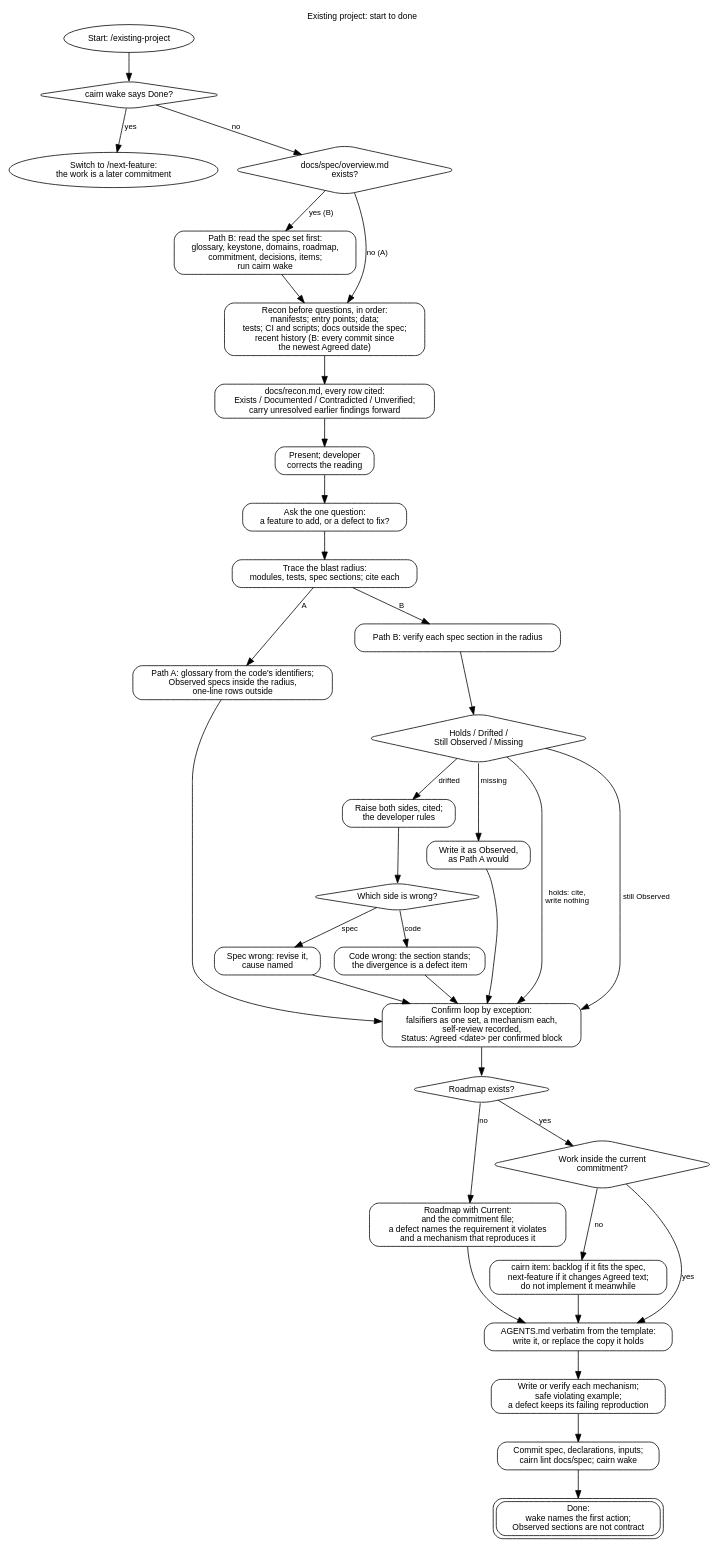
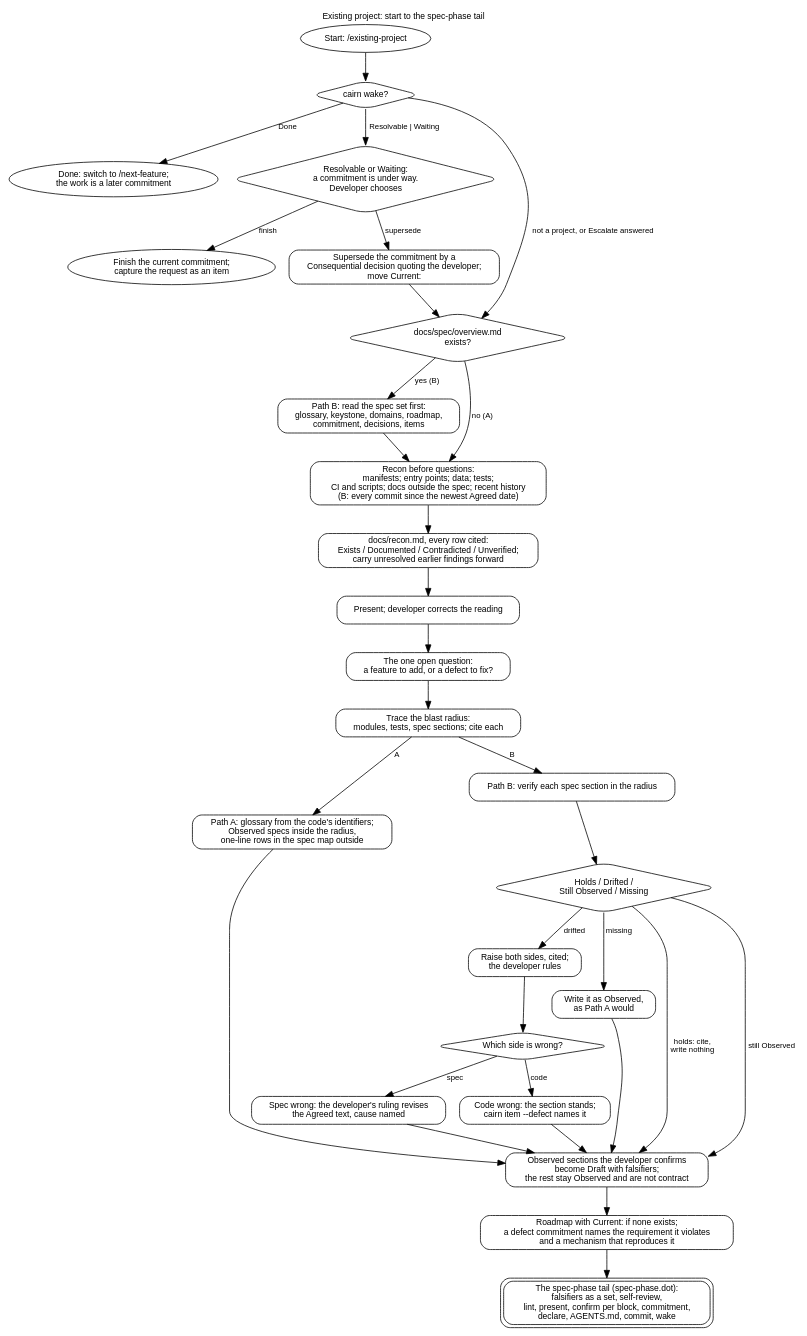
One commit to eas4ai/cairn changed the diagram in docs/diagrams/existing-project.dot. Above: the diagram before and after it, drawn with Graphviz. The commit also changed 13 other files, not shown here.

Commit message:
Revise the specification against the adversarial review: one adversary at Done, four verdicts, digest-keyed predicates, precedence, the block grammar, a shared spec-phase tail

```diff
--- a/docs/diagrams/existing-project.dot
+++ b/docs/diagrams/existing-project.dot
@@ -1,63 +1,57 @@
-// Existing project: from a codebase Cairn has not specified, or one whose spec drifted, to one prepared commitment.
+// Existing project: from a codebase Cairn has not specified, or one whose spec drifted, to the spec-phase tail.
 digraph existing_project {
   rankdir=TB;
-  graph [fontname="Helvetica", fontsize=11, labelloc=t, label="Existing project: start to done"];
+  graph [fontname="Helvetica", fontsize=11, labelloc=t, label="Existing project: start to the spec-phase tail"];
   node  [shape=box, style=rounded, fontname="Helvetica", fontsize=11];
   edge  [fontname="Helvetica", fontsize=10];
 
   start [shape=oval, label="Start: /existing-project"];
-  isdone [shape=diamond, label="cairn wake says Done?"];
-  tonext [shape=oval, label="Switch to /next-feature:\nthe work is a later commitment"];
+  wake [shape=diamond, label="cairn wake?"];
+  tonext [shape=oval, label="Done: switch to /next-feature;\nthe work is a later commitment"];
+  midway [shape=diamond, label="Resolvable or Waiting:\na commitment is under way.\nDeveloper chooses"];
+  finish [shape=oval, label="Finish the current commitment;\ncapture the request as an item"];
+  supersede_c [label="Supersede the commitment by a\nConsequential decision quoting the developer;\nmove Current:"];
   hasspec [shape=diamond, label="docs/spec/overview.md\nexists?"];
-  readspec [label="Path B: read the spec set first:\nglossary, keystone, domains, roadmap,\ncommitment, decisions, items;\nrun cairn wake"];
-  recon [label="Recon before questions, in order:\nmanifests; entry points; data;\ntests; CI and scripts; docs outside the spec;\nrecent history (B: every commit since\nthe newest Agreed date)"];
+  readspec [label="Path B: read the spec set first:\nglossary, keystone, domains, roadmap,\ncommitment, decisions, items"];
+  recon [label="Recon before questions:\nmanifests; entry points; data; tests;\nCI and scripts; docs outside the spec; recent history\n(B: every commit since the newest Agreed date)"];
   report [label="docs/recon.md, every row cited:\nExists / Documented / Contradicted / Unverified;\ncarry unresolved earlier findings forward"];
-  corrects [label="Present; developer\ncorrects the reading"];
-  ask [label="Ask the one question:\na feature to add, or a defect to fix?"];
+  corrects [label="Present; developer corrects the reading"];
+  ask [label="The one open question:\na feature to add, or a defect to fix?"];
   radius [label="Trace the blast radius:\nmodules, tests, spec sections; cite each"];
-  pathA [label="Path A: glossary from the code's identifiers;\nObserved specs inside the radius,\none-line rows outside"];
+  pathA [label="Path A: glossary from the code's identifiers;\nObserved specs inside the radius,\none-line rows in the spec map outside"];
   pathB [label="Path B: verify each spec section in the radius"];
   verdict [shape=diamond, label="Holds / Drifted /\nStill Observed / Missing"];
   drift [label="Raise both sides, cited;\nthe developer rules"];
   rule [shape=diamond, label="Which side is wrong?"];
-  supersede [label="Spec wrong: revise it,\ncause named"];
-  defect [label="Code wrong: the section stands;\nthe divergence is a defect item"];
+  specwrong [label="Spec wrong: the developer's ruling revises\nthe Agreed text, cause named"];
+  codewrong [label="Code wrong: the section stands;\ncairn item --defect names it"];
   missing [label="Write it as Observed,\nas Path A would"];
-  confirm [label="Confirm loop by exception:\nfalsifiers as one set, a mechanism each,\nself-review recorded,\nStatus: Agreed <date> per confirmed block"];
-  hasroad [shape=diamond, label="Roadmap exists?"];
-  roadmap [label="Roadmap with Current:\nand the commitment file;\na defect names the requirement it violates\nand a mechanism that reproduces it"];
-  inscope [shape=diamond, label="Work inside the current\ncommitment?"];
-  capture [label="cairn item: backlog if it fits the spec,\nnext-feature if it changes Agreed text;\ndo not implement it meanwhile"];
-  agreement [label="AGENTS.md verbatim from the template:\nwrite it, or replace the copy it holds"];
-  mechs [label="Write or verify each mechanism;\nsafe violating example;\na defect keeps its failing reproduction"];
-  commit [label="Commit spec, declarations, inputs;\ncairn lint docs/spec; cairn wake"];
-  done [shape=box, peripheries=2, label="Done:\nwake names the first action;\nObserved sections are not contract"];
+  confirm [label="Observed sections the developer confirms\nbecome Draft with falsifiers;\nthe rest stay Observed and are not contract"];
+  roadmap [label="Roadmap with Current: if none exists;\na defect commitment names the requirement it violates\nand a mechanism that reproduces it"];
+  tail [shape=box, peripheries=2, label="The spec-phase tail (spec-phase.dot):\nfalsifiers as a set, self-review,\nlint, present, confirm per block, commitment,\ndeclare, AGENTS.md, commit, wake"];
 
-  start -> isdone;
-  isdone -> tonext [label="yes"];
-  isdone -> hasspec [label="no"];
+  start -> wake;
+  wake -> tonext [label="Done"];
+  wake -> midway [label="Resolvable | Waiting"];
+  wake -> hasspec [label="not a project, or Escalate answered"];
+  midway -> finish [label="finish"];
+  midway -> supersede_c [label="supersede"];
+  supersede_c -> hasspec;
   hasspec -> readspec [label="yes (B)"];
   hasspec -> recon [label="no (A)"];
   readspec -> recon;
   recon -> report -> corrects -> ask -> radius;
   radius -> pathA [label="A"];
   radius -> pathB [label="B"];
   pathB -> verdict;
   verdict -> confirm [label="holds: cite,\nwrite nothing"];
   verdict -> drift [label="drifted"];
   verdict -> confirm [label="still Observed"];
   verdict -> missing [label="missing"];
   drift -> rule;
-  rule -> supersede [label="spec"];
-  rule -> defect [label="code"];
-  supersede -> confirm; defect -> confirm; missing -> confirm;
+  rule -> specwrong [label="spec"];
+  rule -> codewrong [label="code"];
+  specwrong -> confirm; codewrong -> confirm; missing -> confirm;
   pathA -> confirm;
-  confirm -> hasroad;
-  hasroad -> roadmap [label="no"];
-  hasroad -> inscope [label="yes"];
-  inscope -> agreement [label="yes"];
-  inscope -> capture [label="no"];
-  capture -> agreement;
-  roadmap -> agreement;
-  agreement -> mechs -> commit -> done;
+  confirm -> roadmap -> tail;
 }
```
